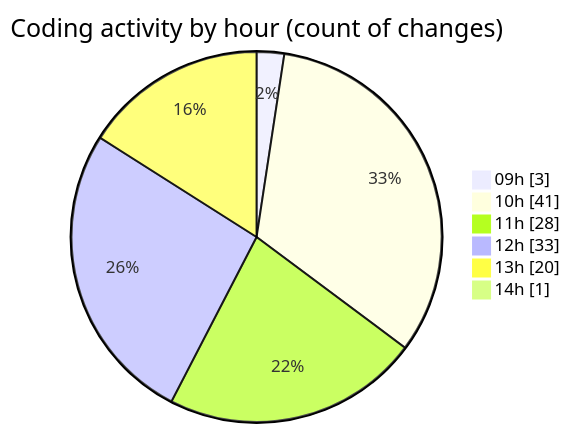
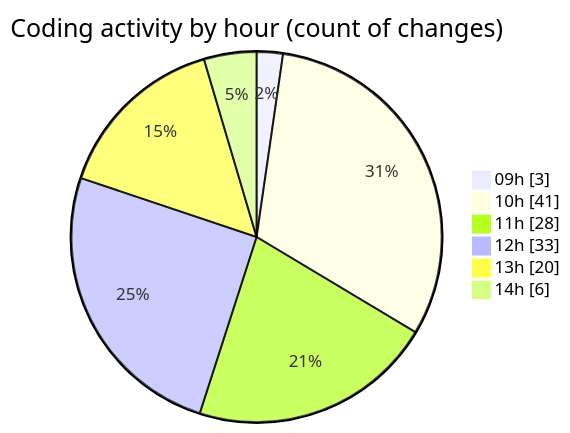
One commit to CELIANVF/code-tracking changed the second of 2 diagrams in 2025-05-19/ecodeli-1/README.md. Above: the diagram before and after it, drawn with Mermaid. The commit also changed other lines of this file and 1 other file, not shown here.

````diff
--- a/2025-05-19/ecodeli-1/README.md
+++ b/2025-05-19/ecodeli-1/README.md
@@ -65,10 +65,10 @@
 ```mermaid
 pie showData
 title Coding activity by hour (count of changes)
 "09h" : 3
 "10h" : 41
 "11h" : 28
 "12h" : 33
 "13h" : 20
-"14h" : 1
+"14h" : 6
 ```
````
